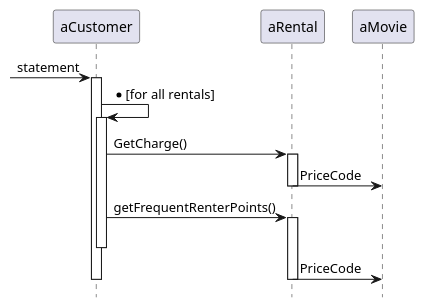
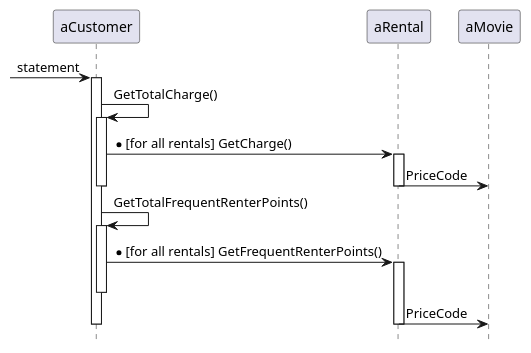
One commit to LiuPai/refactoring changed the diagram in VideoStore/diagram/interactions.puml. Above: the diagram before and after it, drawn with PlantUML. The commit also changed 1 other file, not shown here.

```diff
--- a/VideoStore/diagram/interactions.puml
+++ b/VideoStore/diagram/interactions.puml
@@ -1,17 +1,21 @@
 hide footbox
 [->aCustomer: statement
 activate aCustomer
 
-aCustomer->aCustomer: *[for all rentals]
+aCustomer->aCustomer: GetTotalCharge()
 activate aCustomer
 
-aCustomer->aRental: GetCharge()
+aCustomer->aRental: *[for all rentals] GetCharge()
 activate aRental
 aRental->aMovie: PriceCode
 deactivate aRental
-aCustomer->aRental: getFrequentRenterPoints()
+deactivate aCustomer
+
+aCustomer->aCustomer: GetTotalFrequentRenterPoints()
+activate aCustomer
+aCustomer->aRental: *[for all rentals] GetFrequentRenterPoints()
 activate aRental
 deactivate aCustomer
 aRental->aMovie: PriceCode
 deactivate aRental
 deactivate aCustomer
```
